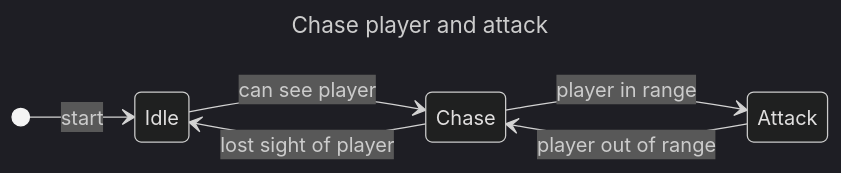
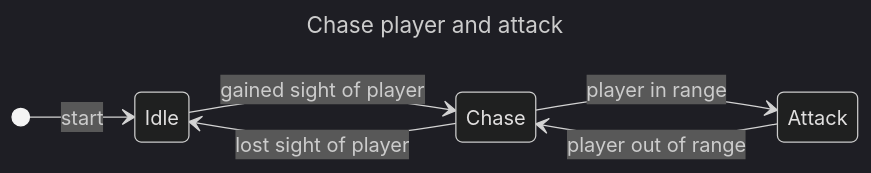
Before and after one commit to mugenmelon/mugenmelon.github.io: the diagram in _posts/1970-01-01-misunderstanding-state-machines.md, drawn with Mermaid (dark theme). The commit also changed other lines of this file, not shown here.

```diff
--- a/_posts/1970-01-01-misunderstanding-state-machines.md
+++ b/_posts/1970-01-01-misunderstanding-state-machines.md
@@ -25,13 +25,13 @@
 <pre class="mermaid">
 ---
 title: Chase player and attack
 ---
 stateDiagram-v2
     direction LR
 
     [*] --> Idle: start
-    Idle --> Chase: can see player
+    Idle --> Chase: gained sight of player
     Chase --> Attack: player in range
     Chase --> Idle: lost sight of player
     Attack --> Chase: player out of range
 </pre>
```
